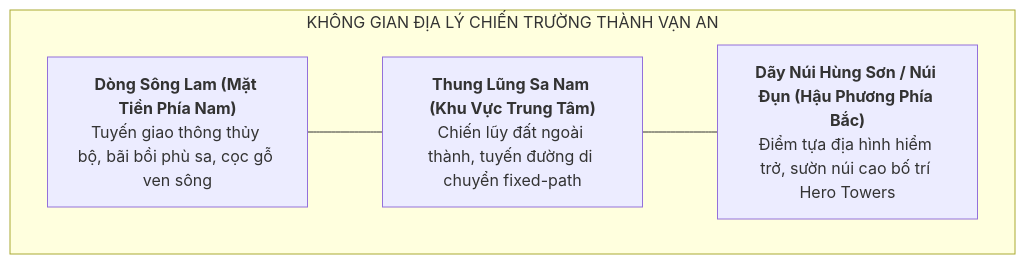
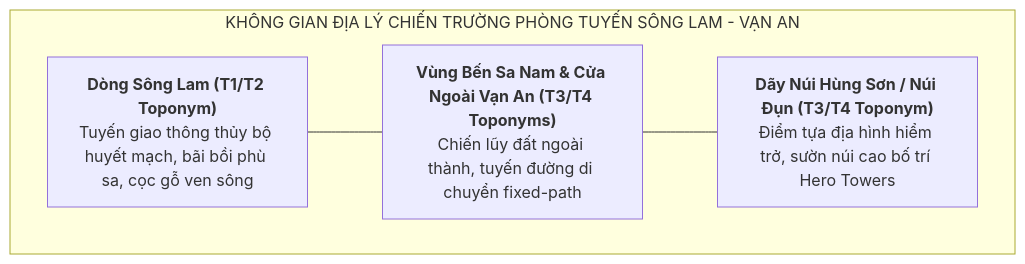
One commit to LightDucan/HuyenSu-TD changed the diagram in docs/drafts/viet-su/mai-thuc-loan/chapter-direction.md. Above: the diagram before and after it, drawn with Mermaid. The commit also changed other lines of this file and 2 other files, not shown here.

Commit message:
docs(viet-su): refine chronology, toponym stratification, and title precision for Mai Thuc Loan roster

````diff
--- a/docs/drafts/viet-su/mai-thuc-loan/chapter-direction.md
+++ b/docs/drafts/viet-su/mai-thuc-loan/chapter-direction.md
@@ -19,11 +19,11 @@
 ```mermaid
 graph TD
-    subgraph KHÔNG GIAN ĐỊA LÝ CHIẾN TRƯỜNG THÀNH VẠN AN
-        M1["<b>Dòng Sông Lam (Mặt Tiền Phía Nam)</b><br>Tuyến giao thông thủy bộ, bãi bồi phù sa, cọc gỗ ven sông"]
-        M2["<b>Thung Lũng Sa Nam (Khu Vực Trung Tâm)</b><br>Chiến lũy đất ngoài thành, tuyến đường di chuyển fixed-path"]
-        M3["<b>Dãy Núi Hùng Sơn / Núi Đụn (Hậu Phương Phía Bắc)</b><br>Điểm tựa địa hình hiểm trở, sườn núi cao bố trí Hero Towers"]
+    subgraph KHÔNG GIAN ĐỊA LÝ CHIẾN TRƯỜNG PHÒNG TUYẾN SÔNG LAM - VẠN AN
+        M1["<b>Dòng Sông Lam (T1/T2 Toponym)</b><br>Tuyến giao thông thủy bộ huyết mạch, bãi bồi phù sa, cọc gỗ ven sông"]
+        M2["<b>Vùng Bến Sa Nam & Cửa Ngoài Vạn An (T3/T4 Toponyms)</b><br>Chiến lũy đất ngoài thành, tuyến đường di chuyển fixed-path"]
+        M3["<b>Dãy Núi Hùng Sơn / Núi Đụn (T3/T4 Toponym)</b><br>Điểm tựa địa hình hiểm trở, sườn núi cao bố trí Hero Towers"]
 
         M1 --- M2
         M2 --- M3
     end
 ```
````
